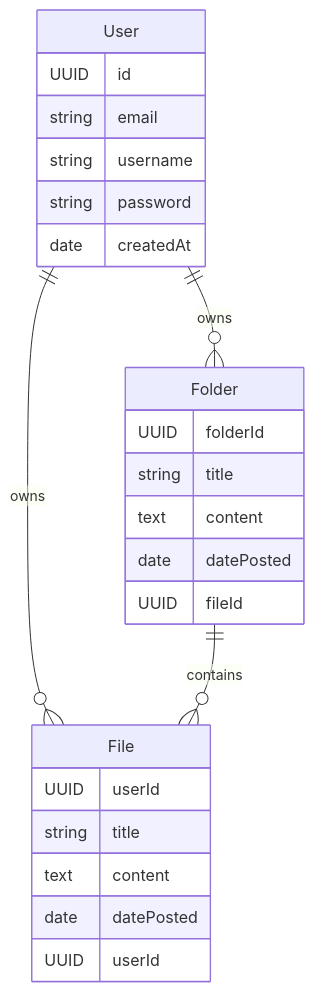
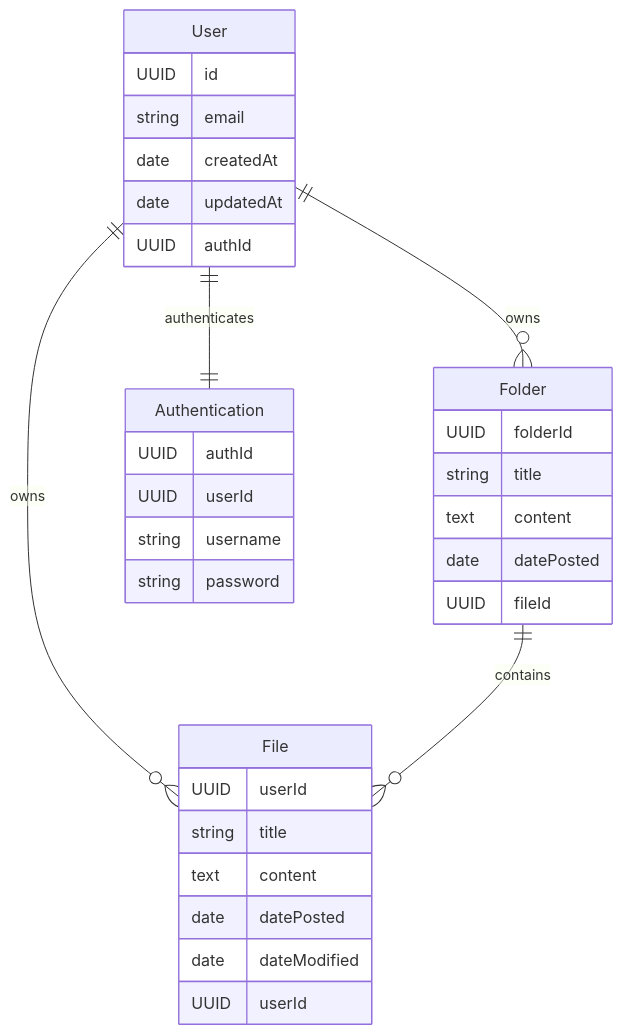
The diagram in DiagrammEntities.md (Ryuuket/FunkyDrive), drawn with Mermaid before and after one commit.

Commit message:
add auth entity

````diff
--- a/DiagrammEntities.md
+++ b/DiagrammEntities.md
@@ -1,31 +1,40 @@
 ```mermaid
 erDiagram
 User ||--o{ File : owns
 User ||--o{ Folder : owns
+User ||--|| Authentication : authenticates
 Folder ||--o{ File : contains
 
 
 User {
 UUID id
 string email
-string username
+date createdAt
+date updatedAt
+UUID authId
+}
+
+Authentication {
+UUID authId
+UUID userId
+string username 
 string password
-date createdAt
 }
 
 File {
 UUID userId
 string title
 text content
 date datePosted
+date dateModified
 UUID userId
-}
+} 
 
 Folder {
 UUID folderId
 string title
 text content
-date datePosted
+date datePosted 
 UUID fileId
 }
 ```
````
